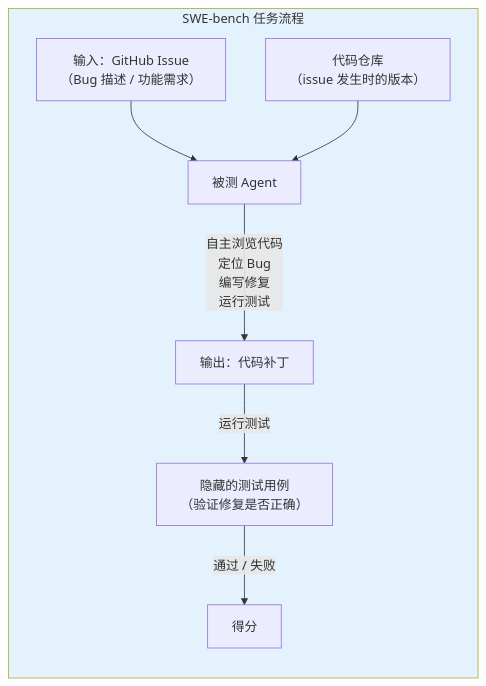
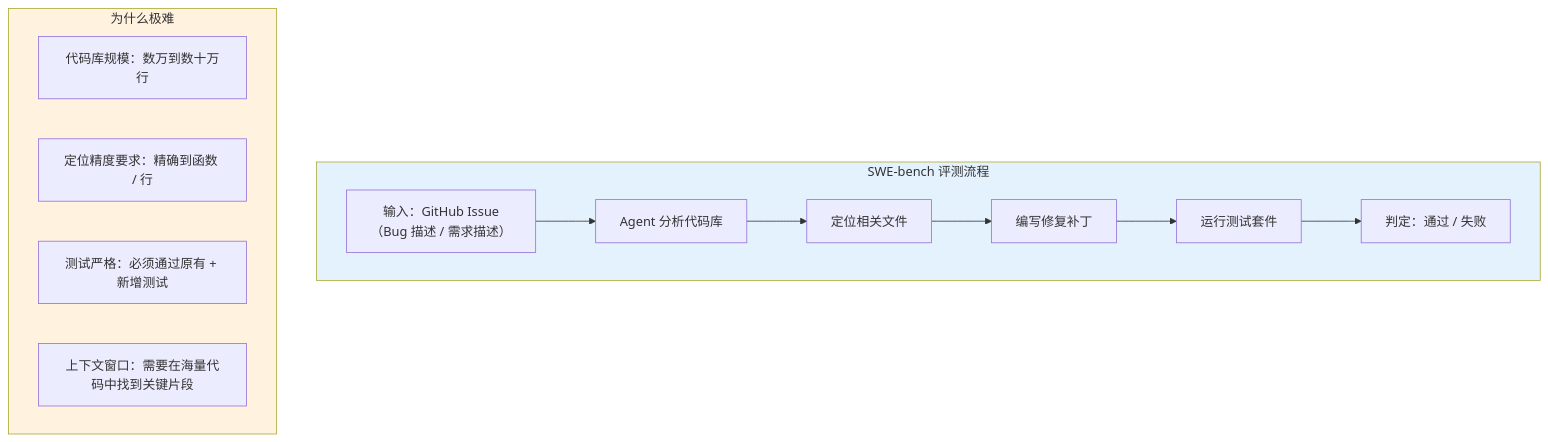
One commit to UranusGit/java-agent-learn changed the fifth of 20 diagrams in docs/前沿/03-Agent评测基准.md. Above: the diagram before and after it, drawn with Mermaid. The commit also changed other lines of this file and 4 other files, not shown here.

````diff
--- a/docs/前沿/03-Agent评测基准.md
+++ b/docs/前沿/03-Agent评测基准.md
@@ -84,17 +151,27 @@
 ```mermaid
-graph LR
-    subgraph SWEbench["SWE-bench 任务流程"]
-        ISSUE["输入：GitHub Issue<br/>（Bug 描述 / 功能需求）"]
-        REPO["代码仓库<br/>（issue 发生时的版本）"]
-        TEST["隐藏的测试用例<br/>（验证修复是否正确）"]
+graph TB
+    subgraph SWEbench["SWE-bench 评测流程"]
+        T1["输入：GitHub Issue<br/>（Bug 描述 / 需求描述）"]
+        T2["Agent 分析代码库"]
+        T3["定位相关文件"]
+        T4["编写修复补丁"]
+        T5["运行测试套件"]
+        T6["判定：通过 / 失败"]
+    end
 
-        AGENT["被测 Agent"]
-        ISSUE --> AGENT
-        REPO --> AGENT
-        AGENT -->|"自主浏览代码<br/>定位 Bug<br/>编写修复<br/>运行测试"| PATCH["输出：代码补丁"]
-        PATCH -->|"运行测试"| TEST
-        TEST -->|"通过 / 失败"| SCORE["得分"]
+    T1 --> T2
+    T2 --> T3
+    T3 --> T4
+    T4 --> T5
+    T5 --> T6
+
+    subgraph 难度["为什么极难"]
+        D1["代码库规模：数万到数十万行"]
+        D2["定位精度要求：精确到函数 / 行"]
+        D3["测试严格：必须通过原有 + 新增测试"]
+        D4["上下文窗口：需要在海量代码中找到关键片段"]
     end
 
     style SWEbench fill:#e3f2fd
+    style 难度 fill:#fff3e0
 ```
````
